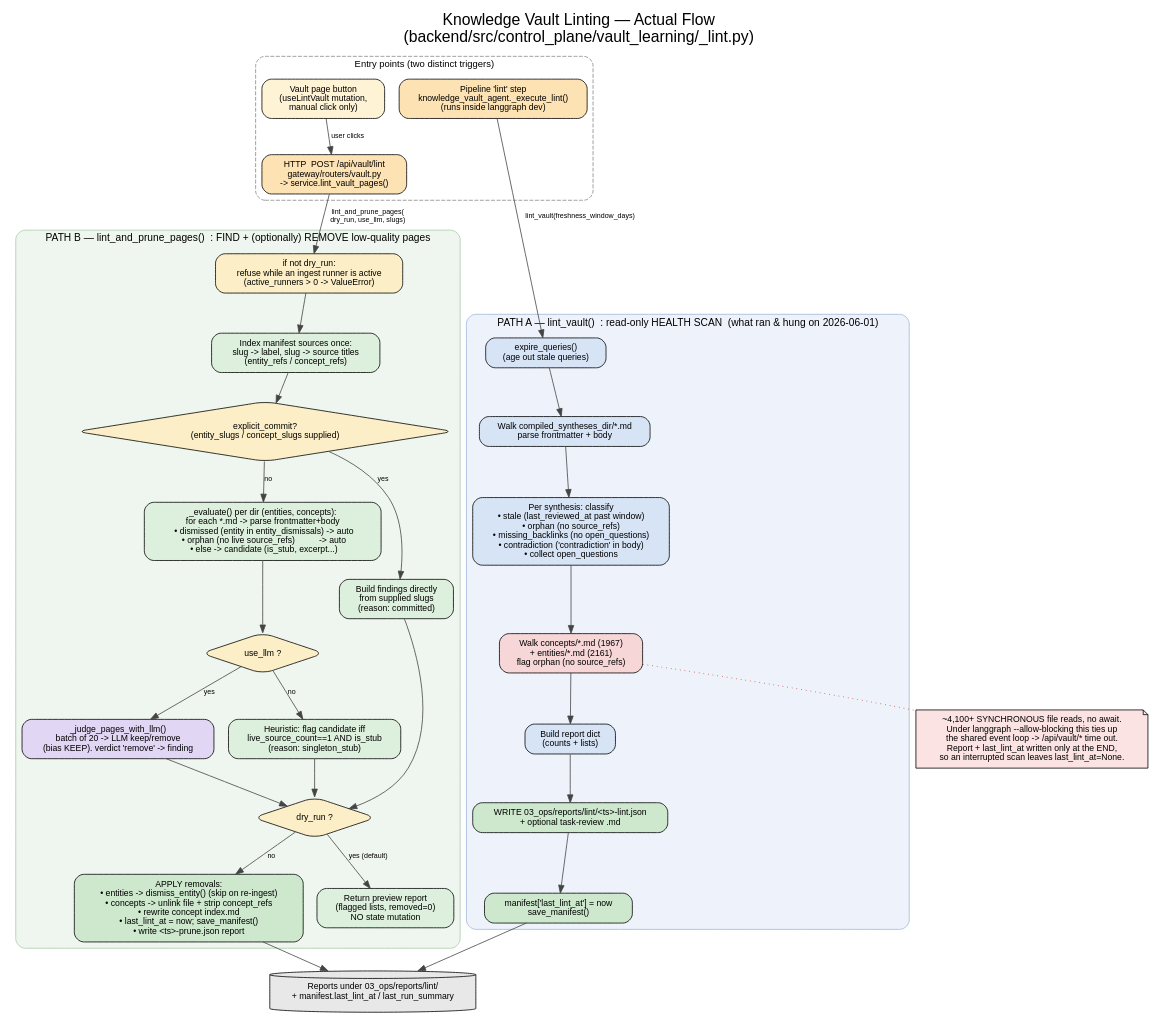
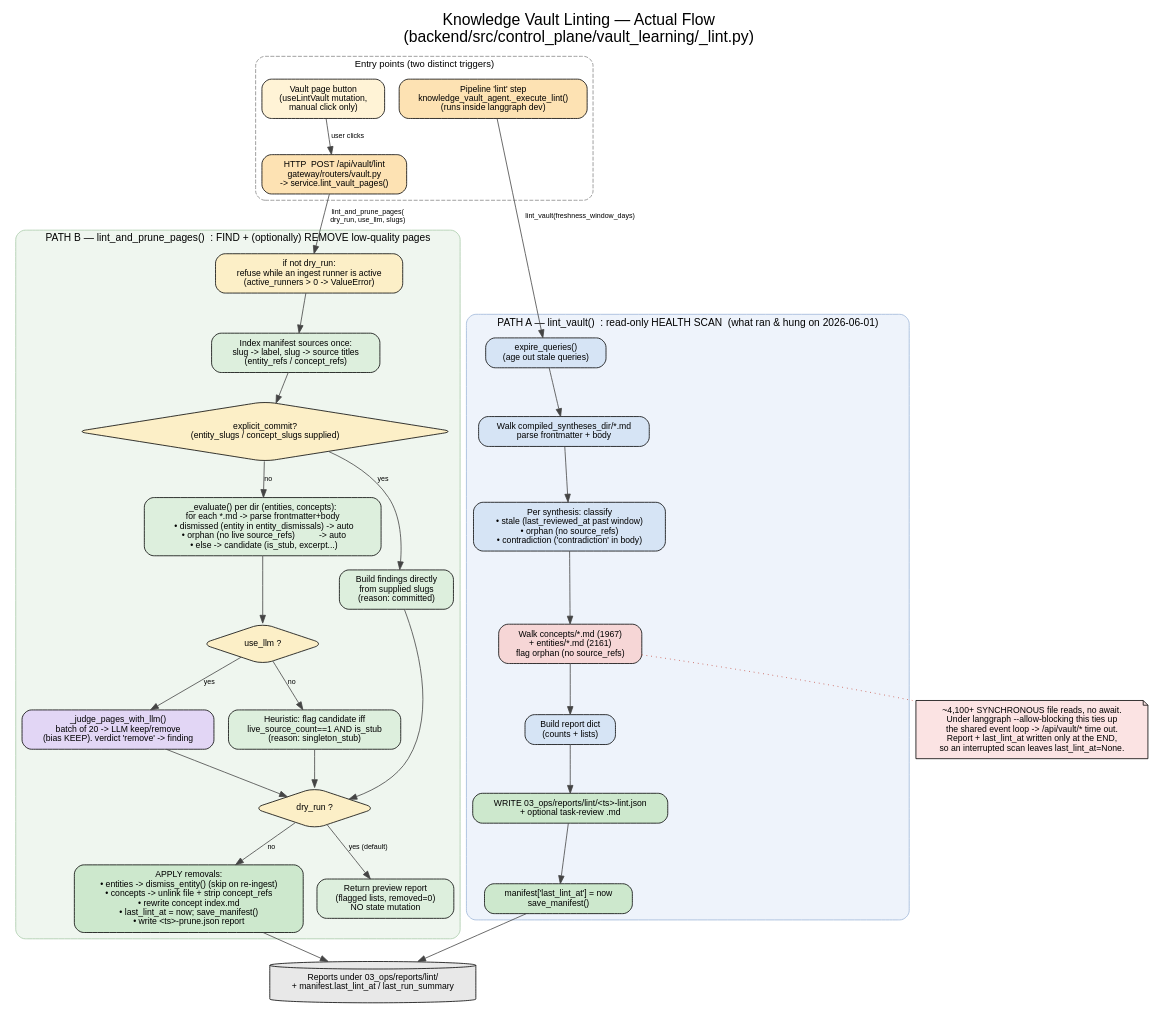
The diagram in docs/vault_lint_flow.dot (yilongchua/CapyHome), drawn with Graphviz before and after one commit. The commit also changed 5 other files, not shown here.

```diff
--- a/docs/vault_lint_flow.dot
+++ b/docs/vault_lint_flow.dot
@@ -1,86 +1,86 @@
 digraph VaultLintFlow {
     rankdir=TB;
     bgcolor="white";
     fontname="Helvetica";
     labelloc="t";
     fontsize=20;
     label="Knowledge Vault Linting — Actual Flow\n(backend/src/control_plane/vault_learning/_lint.py)";
 
     node [fontname="Helvetica", fontsize=11, shape=box, style="rounded,filled", margin="0.18,0.10"];
     edge [fontname="Helvetica", fontsize=9, color="#444444"];
 
     /* ============ TRIGGERS ============ */
     subgraph cluster_triggers {
         label="Entry points (two distinct triggers)";
         style="rounded,dashed"; color="#888888"; fontsize=12;
 
         trig_agent [label="Pipeline 'lint' step\nknowledge_vault_agent._execute_lint()\n(runs inside langgraph dev)", fillcolor="#FDE2B3"];
         trig_http  [label="HTTP  POST /api/vault/lint\ngateway/routers/vault.py\n-> service.lint_vault_pages()", fillcolor="#FDE2B3"];
         ui_button  [label="Vault page button\n(useLintVault mutation,\nmanual click only)", fillcolor="#FFF3D6"];
     }
     ui_button -> trig_http [label="user clicks"];
 
     /* ============ PATH A : lint_vault (health scan) ============ */
     subgraph cluster_scan {
         label="PATH A — lint_vault()  : read-only HEALTH SCAN  (what ran & hung on 2026-06-01)";
         style="rounded,filled"; color="#9FB7D9"; fillcolor="#EEF3FB"; fontsize=13;
 
         a0 [label="expire_queries()\n(age out stale queries)", fillcolor="#D6E4F5"];
         a1 [label="Walk compiled_syntheses_dir/*.md\nparse frontmatter + body", fillcolor="#D6E4F5"];
-        a2 [label="Per synthesis: classify\n• stale (last_reviewed_at past window)\n• orphan (no source_refs)\n• missing_backlinks (no open_questions)\n• contradiction ('contradiction' in body)\n• collect open_questions", fillcolor="#D6E4F5"];
+        a2 [label="Per synthesis: classify\n• stale (last_reviewed_at past window)\n• orphan (no source_refs)\n• contradiction ('contradiction' in body)", fillcolor="#D6E4F5"];
         a3 [label="Walk concepts/*.md (1967)\n+ entities/*.md (2161)\nflag orphan (no source_refs)", fillcolor="#F6D6D6"];
         a4 [label="Build report dict\n(counts + lists)", fillcolor="#D6E4F5"];
         a5 [label="WRITE 03_ops/reports/lint/<ts>-lint.json\n+ optional task-review .md", fillcolor="#CDE8CD"];
         a6 [label="manifest['last_lint_at'] = now\nsave_manifest()", fillcolor="#CDE8CD"];
 
         a0 -> a1 -> a2 -> a3 -> a4 -> a5 -> a6;
     }
 
     a3_note [shape=note, fillcolor="#FBE3E3", style="filled",
         label="~4,100+ SYNCHRONOUS file reads, no await.\nUnder langgraph --allow-blocking this ties up\nthe shared event loop -> /api/vault/* time out.\nReport + last_lint_at written only at the END,\nso an interrupted scan leaves last_lint_at=None."];
     a3 -> a3_note [style=dotted, arrowhead=none, color="#C0392B"];
 
     /* ============ PATH B : lint_and_prune_pages ============ */
     subgraph cluster_prune {
         label="PATH B — lint_and_prune_pages()  : FIND + (optionally) REMOVE low-quality pages";
         style="rounded,filled"; color="#A9CBA9"; fillcolor="#EFF6EF"; fontsize=13;
 
         b_guard [label="if not dry_run:\nrefuse while an ingest runner is active\n(active_runners > 0 -> ValueError)", fillcolor="#FCEFC7"];
         b_idx   [label="Index manifest sources once:\nslug -> label, slug -> source titles\n(entity_refs / concept_refs)", fillcolor="#DDEFDD"];
 
         b_commit [label="explicit_commit?\n(entity_slugs / concept_slugs supplied)", shape=diamond, fillcolor="#FCEFC7"];
 
         b_eval [label="_evaluate() per dir (entities, concepts):\nfor each *.md -> parse frontmatter+body\n  • dismissed (entity in entity_dismissals) -> auto\n  • orphan (no live source_refs)          -> auto\n  • else -> candidate (is_stub, excerpt...)", fillcolor="#DDEFDD"];
 
         b_mode [label="use_llm ?", shape=diamond, fillcolor="#FCEFC7"];
         b_llm  [label="_judge_pages_with_llm()\nbatch of 20 -> LLM keep/remove\n(bias KEEP). verdict 'remove' -> finding", fillcolor="#E2D6F5"];
         b_heur [label="Heuristic: flag candidate iff\nlive_source_count==1 AND is_stub\n(reason: singleton_stub)", fillcolor="#DDEFDD"];
 
         b_commit_list [label="Build findings directly\nfrom supplied slugs\n(reason: committed)", fillcolor="#DDEFDD"];
 
         b_dry [label="dry_run ?", shape=diamond, fillcolor="#FCEFC7"];
         b_apply [label="APPLY removals:\n• entities -> dismiss_entity() (skip on re-ingest)\n• concepts -> unlink file + strip concept_refs\n• rewrite concept index.md\n• last_lint_at = now; save_manifest()\n• write <ts>-prune.json report", fillcolor="#CDE8CD"];
         b_preview [label="Return preview report\n(flagged lists, removed=0)\nNO state mutation", fillcolor="#DDEFDD"];
 
         b_guard -> b_idx -> b_commit;
         b_commit -> b_commit_list [label="yes"];
         b_commit -> b_eval [label="no"];
         b_eval -> b_mode;
         b_mode -> b_llm  [label="yes"];
         b_mode -> b_heur [label="no"];
         b_llm -> b_dry;
         b_heur -> b_dry;
         b_commit_list -> b_dry;
         b_dry -> b_preview [label="yes (default)"];
         b_dry -> b_apply   [label="no"];
     }
 
     /* trigger wiring */
     trig_agent -> a0 [label="lint_vault(freshness_window_days)"];
     trig_http  -> b_guard [label="lint_and_prune_pages(\ndry_run, use_llm, slugs)"];
 
     /* outputs */
     out [label="Reports under 03_ops/reports/lint/\n+ manifest.last_lint_at / last_run_summary", shape=cylinder, fillcolor="#E8E8E8"];
     a6 -> out;
     b_apply -> out;
 }
```
